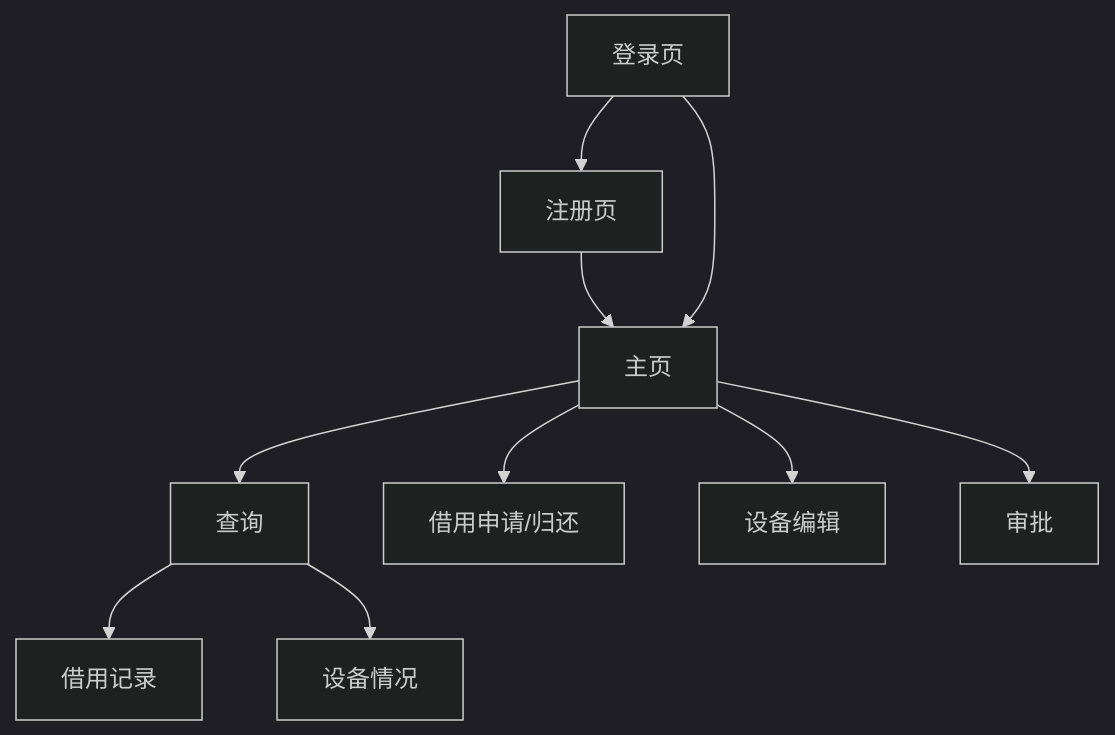
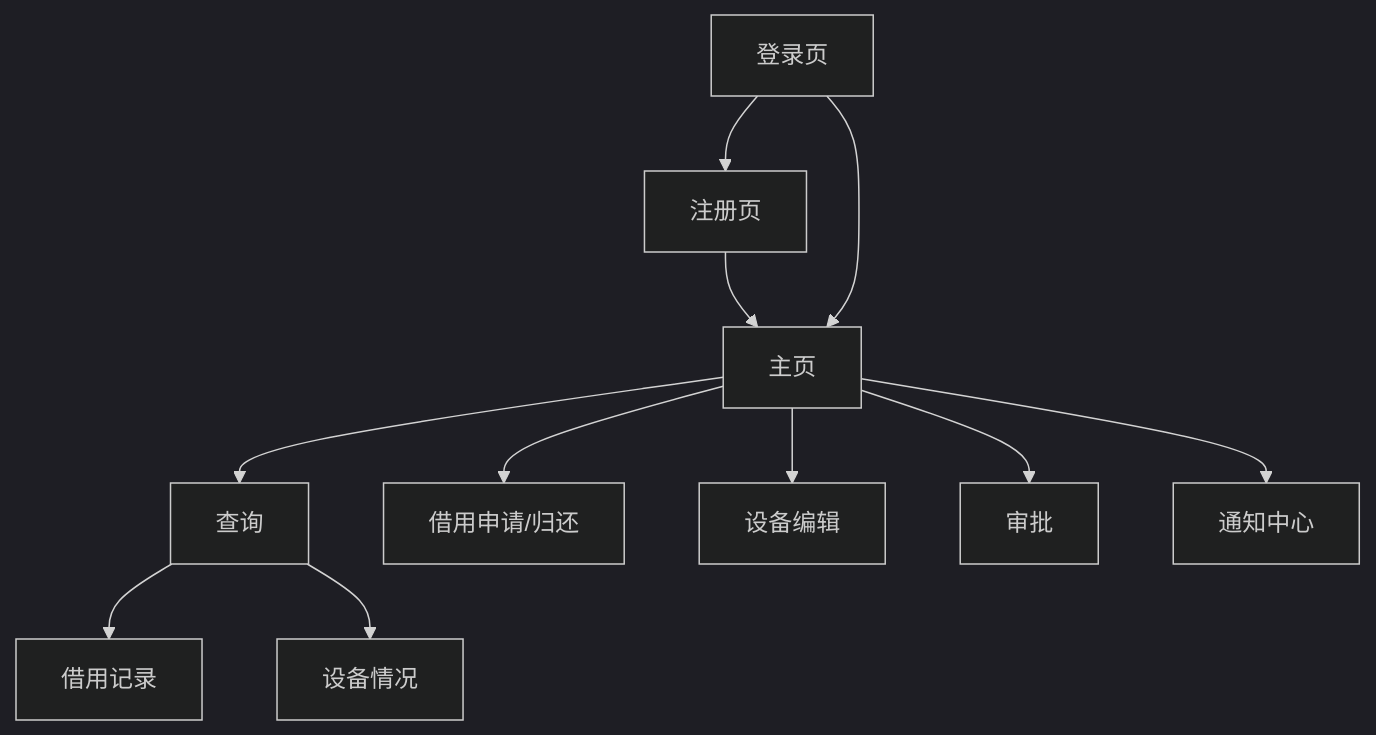
Before and after one commit to darrindeyoung791/equipment_mgr: the diagram in README.md, drawn with Mermaid (dark theme). The commit also changed other lines of this file and 5 other files, not shown here.

````diff
--- a/README.md
+++ b/README.md
@@ -108,12 +123,13 @@
 ```mermaid
 graph TD
 登录页-->注册页
 注册页-->主页
 登录页-->主页
 主页-->查询
 主页-->借用申请/归还
 主页-->设备编辑
 主页-->审批
+主页-->通知中心
 查询-->借用记录
 查询-->设备情况
 ```
````
